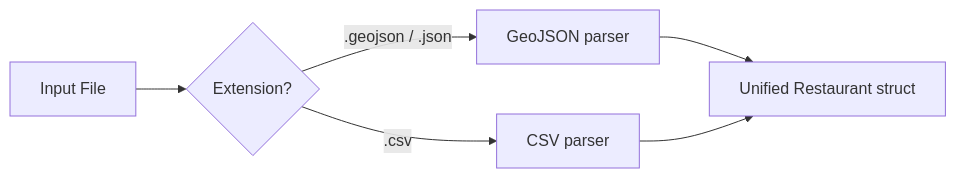
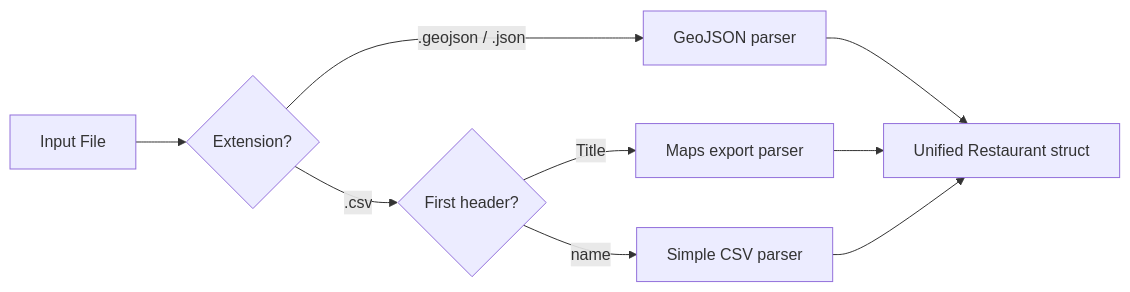
Before and after one commit to jamesberrypersonal/resto-roulette: the second of 5 diagrams in docs/initial-design-doc.md, drawn with Mermaid. The commit also changed other lines of this file and 2 other files, not shown here.

````diff
--- a/docs/initial-design-doc.md
+++ b/docs/initial-design-doc.md
@@ -79,8 +99,11 @@
 ```mermaid
 flowchart LR
     A[Input File] --> B{Extension?}
     B -->|.geojson / .json| C[GeoJSON parser]
-    B -->|.csv| D[CSV parser]
-    C --> E[Unified Restaurant struct]
-    D --> E
+    B -->|.csv| D{First header?}
+    D -->|Title| E[Maps export parser]
+    D -->|name| F[Simple CSV parser]
+    C --> G[Unified Restaurant struct]
+    E --> G
+    F --> G
 ```
````
